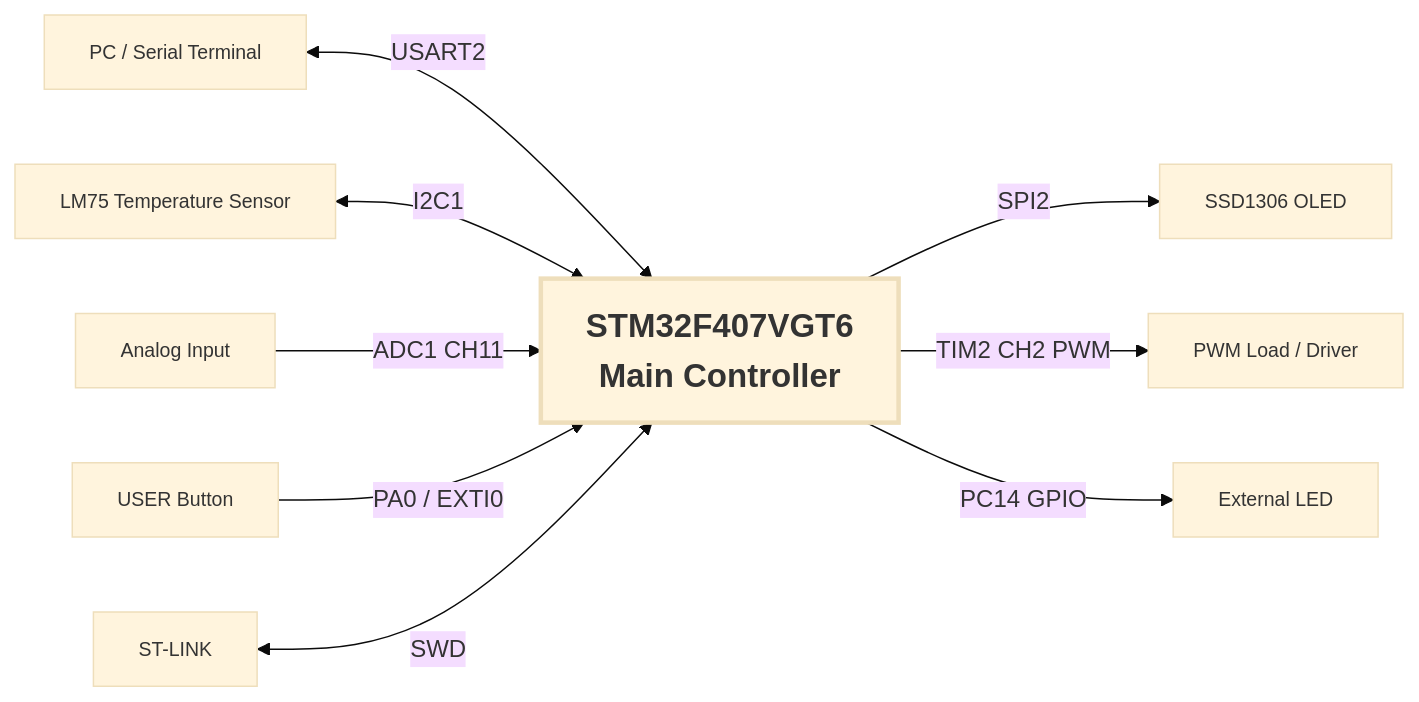
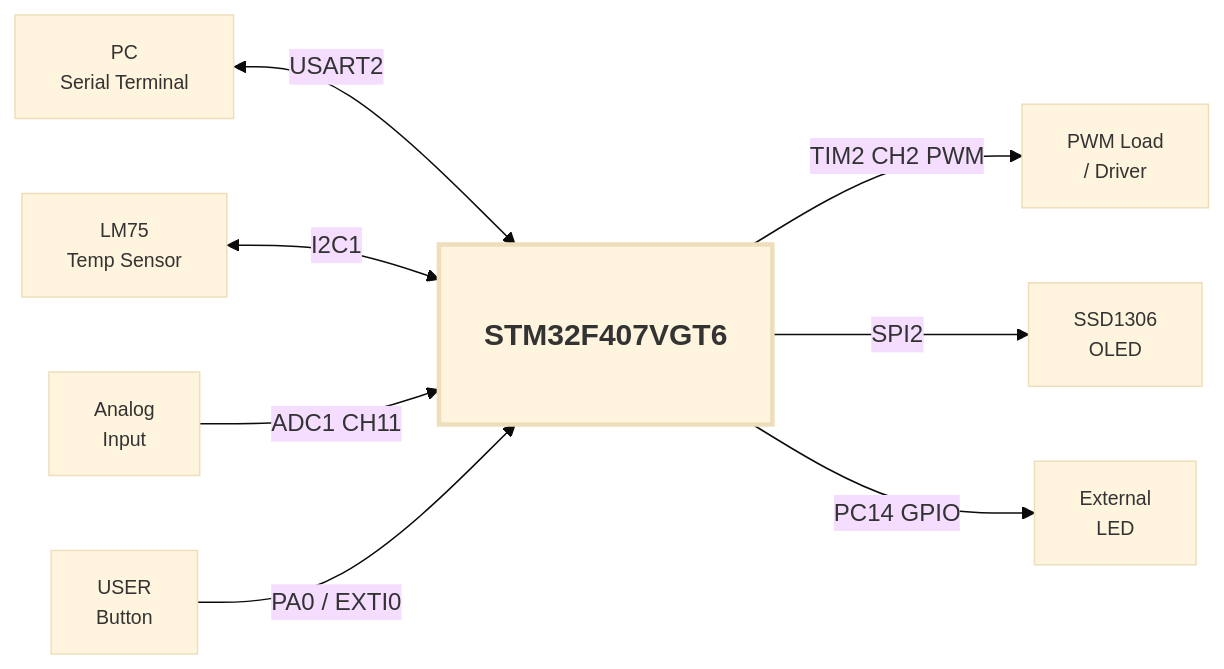
Before and after one commit to John0729/STM32F407-Smart-Controller: the seventh of 7 diagrams in README.md, drawn with Mermaid (base theme). The commit also changed other lines of this file and 2 other files, not shown here.

````diff
--- a/README.md
+++ b/README.md
@@ -551,29 +575,29 @@
 ```mermaid
 flowchart LR
 
-    PC[PC / Serial Terminal]
-    LM75[LM75 Temperature Sensor]
-    OLED[SSD1306 OLED]
-    ADC[Analog Input]
-    PWM[PWM Load / Driver]
-    BTN[USER Button]
-    LED[External LED]
-    STLINK[ST-LINK]
+    PC["PC<br/>Serial Terminal"]
+    LM75["LM75<br/>Temp Sensor"]
+    ADC["Analog<br/>Input"]
+    BTN["USER<br/>Button"]
 
-    MCU["STM32F407VGT6<br/>Main Controller"]
+    OLED["SSD1306<br/>OLED"]
+    PWM["PWM Load<br/>/ Driver"]
+    LED["External<br/>LED"]
+
+    MCU["<br/>STM32F407VGT6<br/><br/>"]
 
     PC <-->|USART2| MCU
     LM75 <-->|I2C1| MCU
+    ADC -->|ADC1 CH11| MCU
+    BTN -->|PA0 / EXTI0| MCU
+
+    MCU -->|TIM2 CH2 PWM| PWM
     MCU -->|SPI2| OLED
-    ADC -->|ADC1 CH11| MCU
-    MCU -->|TIM2 CH2 PWM| PWM
-    BTN -->|PA0 / EXTI0| MCU
     MCU -->|PC14 GPIO| LED
-    STLINK <-->|SWD| MCU
 
     classDef peripheral font-size:13px,stroke-width:1px;
-    classDef controller font-size:22px,font-weight:bold,stroke-width:3px;
+    classDef controller font-size:20px,font-weight:bold,stroke-width:3px,text-align:center;
 
-    class PC,LM75,OLED,ADC,PWM,BTN,LED,STLINK peripheral;
+    class PC,LM75,ADC,BTN,OLED,PWM,LED peripheral;
     class MCU controller;
 ```
````
